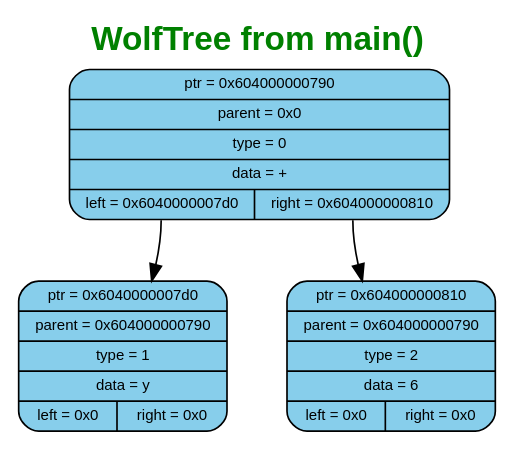
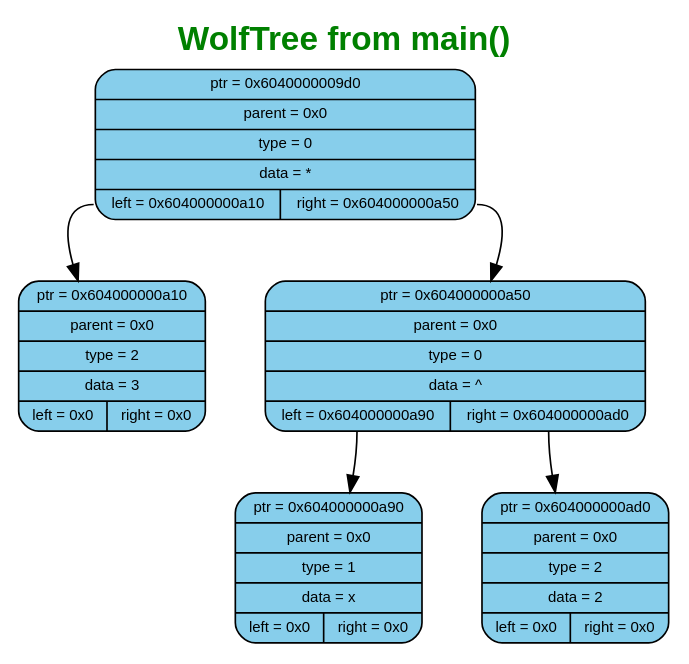
Before and after one commit to murugov/WolframSigma: the diagram in WOLFRAM_SIGMA/ReportFiles/graphs/graph1/wolf.dot, drawn with Graphviz. The commit also changed 32 other files, not shown here.

```diff
--- a/WOLFRAM_SIGMA/ReportFiles/graphs/graph1/wolf.dot
+++ b/WOLFRAM_SIGMA/ReportFiles/graphs/graph1/wolf.dot
@@ -1,19 +1,23 @@
 digraph G {
 	label=<<B>WolfTree from main()</B>>;
 	fontcolor="#008000";
 	fontname="Arial";
 	labelloc="top";
 	labeljust="center";
 	fontsize=20;
 	rankdir=TB;
 	center=true;
 	nodesep=0.5;
 	ranksep=0.5;
 	node[fontsize=9, shape=box, width=0.7, height=0.4, style="filled, rounded", fontname="Arial"];
 
-	n0 [shape=record, label="{ptr = 0x604000000790 | parent = 0x0 | type = 0 | data = + | {<left> left = 0x6040000007d0 | <right> right = 0x604000000810}}", fillcolor="#87CEEB", color="black"]
-	n1 [shape=record, label="{ptr = 0x6040000007d0 | parent = 0x604000000790 | type = 1 | data = y | {<left> left = 0x0 | <right> right = 0x0}}", fillcolor="#87CEEB", color="black"]
+	n0 [shape=record, label="{ptr = 0x6040000009d0 | parent = 0x0 | type = 0 | data = * | {<left> left = 0x604000000a10 | <right> right = 0x604000000a50}}", fillcolor="#87CEEB", color="black"]
+	n1 [shape=record, label="{ptr = 0x604000000a10 | parent = 0x0 | type = 2 | data = 3 | {<left> left = 0x0 | <right> right = 0x0}}", fillcolor="#87CEEB", color="black"]
 	n0:left -> n1
-	n2 [shape=record, label="{ptr = 0x604000000810 | parent = 0x604000000790 | type = 2 | data = 6 | {<left> left = 0x0 | <right> right = 0x0}}", fillcolor="#87CEEB", color="black"]
+	n2 [shape=record, label="{ptr = 0x604000000a50 | parent = 0x0 | type = 0 | data = ^ | {<left> left = 0x604000000a90 | <right> right = 0x604000000ad0}}", fillcolor="#87CEEB", color="black"]
 	n0:right -> n2
+	n3 [shape=record, label="{ptr = 0x604000000a90 | parent = 0x0 | type = 1 | data = x | {<left> left = 0x0 | <right> right = 0x0}}", fillcolor="#87CEEB", color="black"]
+	n2:left -> n3
+	n4 [shape=record, label="{ptr = 0x604000000ad0 | parent = 0x0 | type = 2 | data = 2 | {<left> left = 0x0 | <right> right = 0x0}}", fillcolor="#87CEEB", color="black"]
+	n2:right -> n4
 }
```
